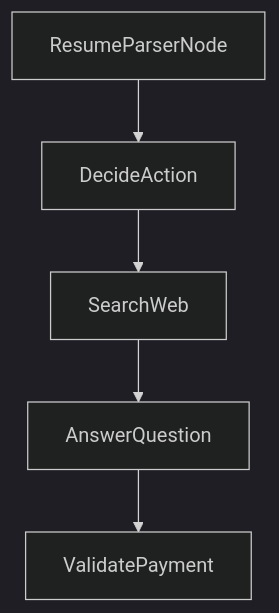
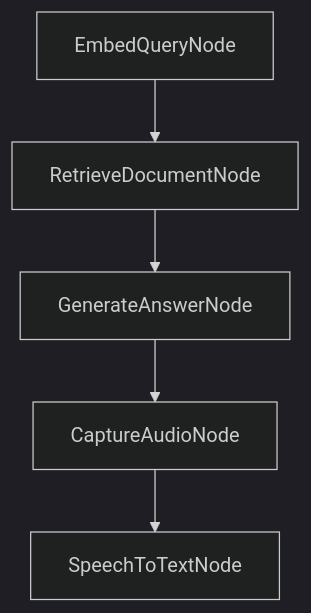
Before and after one commit to johnxie/awesome-code-docs: the diagram in tutorials/pocketflow-tutorial/08-production-usage-and-scaling.md, drawn with Mermaid (dark theme). The commit also changed other lines of this file and 1232 other files, not shown here.

````diff
--- a/tutorials/pocketflow-tutorial/08-production-usage-and-scaling.md
+++ b/tutorials/pocketflow-tutorial/08-production-usage-and-scaling.md
@@ -198,12 +192,12 @@
 ```mermaid
 flowchart TD
-    A[ResumeParserNode]
-    B[DecideAction]
-    C[SearchWeb]
-    D[AnswerQuestion]
-    E[ValidatePayment]
+    A[EmbedQueryNode]
+    B[RetrieveDocumentNode]
+    C[GenerateAnswerNode]
+    D[CaptureAudioNode]
+    E[SpeechToTextNode]
     A --> B
     B --> C
     C --> D
     D --> E
 ```
````
